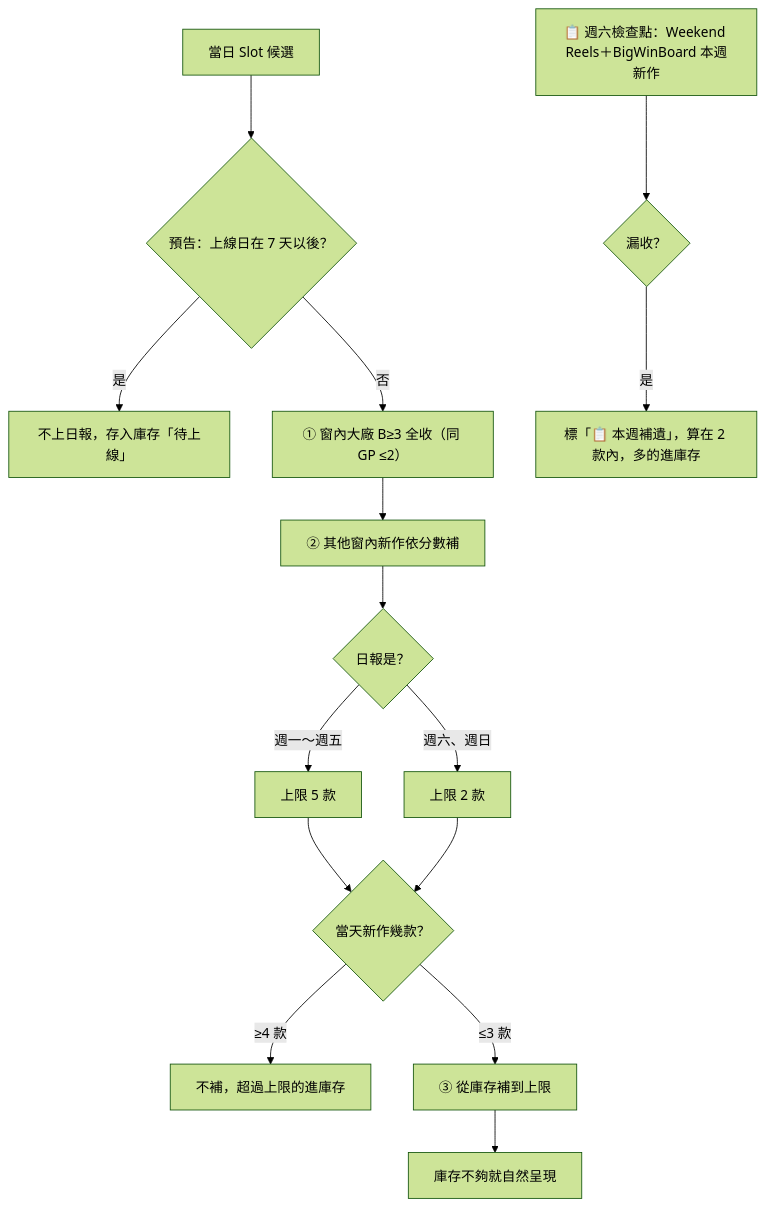
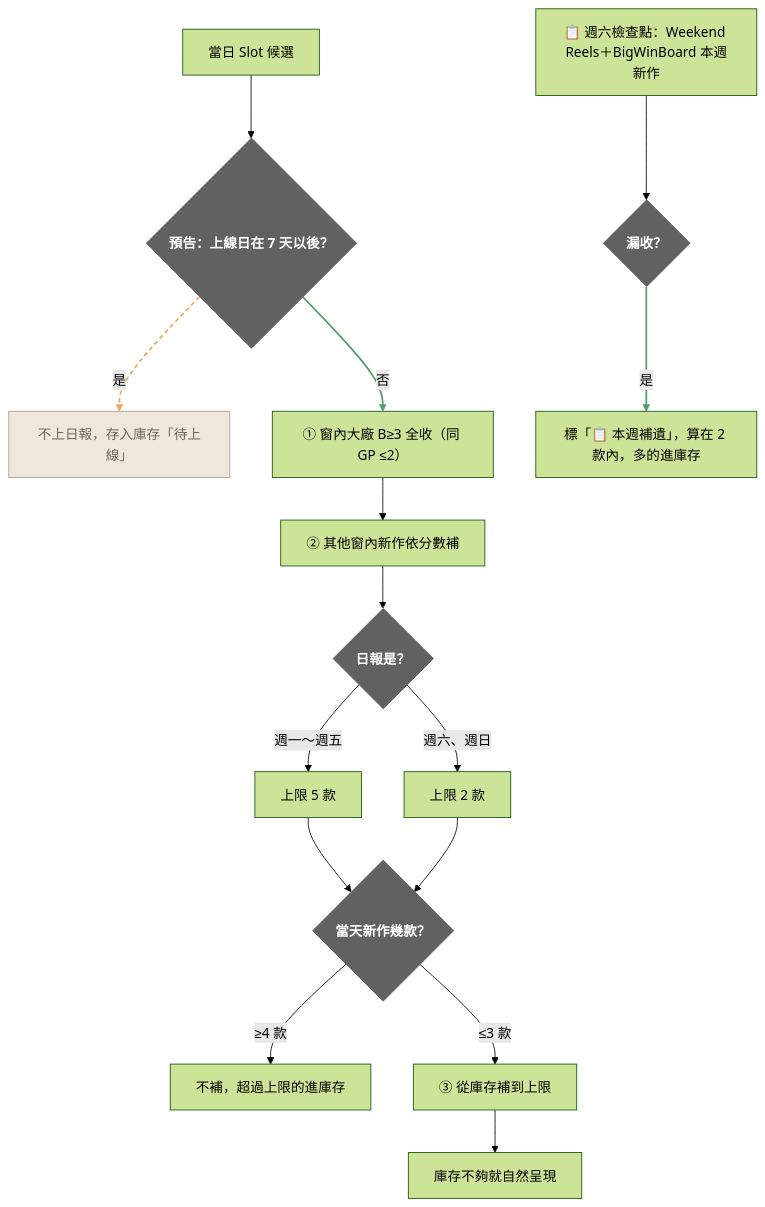
The fourth of 5 diagrams in OutputLogic.md (igaming-pulse/igaming-daily), drawn with Mermaid (forest theme) before and after one commit. The commit also changed other lines of this file and 1 other file, not shown here.

Commit message:
style: OutputLogic 流程圖方案 C 修訂版

````diff
--- a/OutputLogic.md
+++ b/OutputLogic.md
@@ -111,17 +135,24 @@
 ```mermaid
 flowchart TD
   A["當日 Slot 候選"] --> PV{"預告：上線日在 7 天以後？"}
   PV -- 是 --> LATER["不上日報，存入庫存「待上線」"]
   PV -- 否 --> BIG["① 窗內大廠 B≥3 全收（同 GP ≤2）"]
   BIG --> OTHER["② 其他窗內新作依分數補"]
   OTHER --> DAY{"日報是？"}
   DAY -- 週一～週五 --> C5["上限 5 款"]
   DAY -- 週六、週日 --> C2["上限 2 款"]
   C5 --> N{"當天新作幾款？"}
   C2 --> N
   N -- "≥4 款" --> NOFILL["不補，超過上限的進庫存"]
   N -- "≤3 款" --> FILL["③ 從庫存補到上限"]
   FILL --> NAT["庫存不夠就自然呈現"]
   SAT["📋 週六檢查點：Weekend Reels＋BigWinBoard 本週新作"] --> MISS{"漏收？"}
   MISS -- 是 --> BU["標「📋 本週補遺」，算在 2 款內，多的進庫存"]
+  classDef gate fill:#616161,stroke:#616161,color:#FFFFFF,font-weight:700
+  classDef out fill:#4E9E68,stroke:#3C7F52,color:#FFFFFF,font-weight:700
+  classDef muted fill:#EEE8DC,stroke:#A99F8E,color:#6F675A
+  class DAY,MISS,N,PV gate
+  class LATER muted
+  linkStyle 2,13 stroke:#4E9E68,stroke-width:2px
+  linkStyle 1 stroke:#F2A65A,stroke-width:2px,stroke-dasharray:5 4
 ```
````
